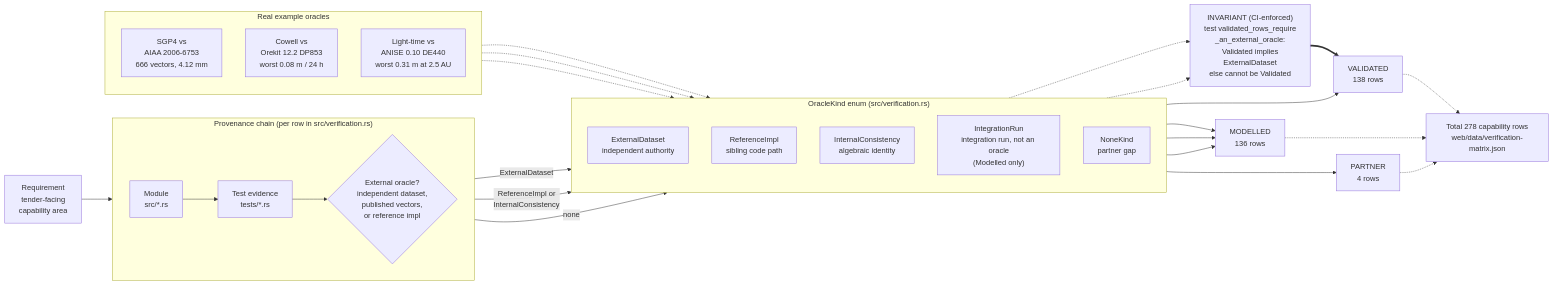
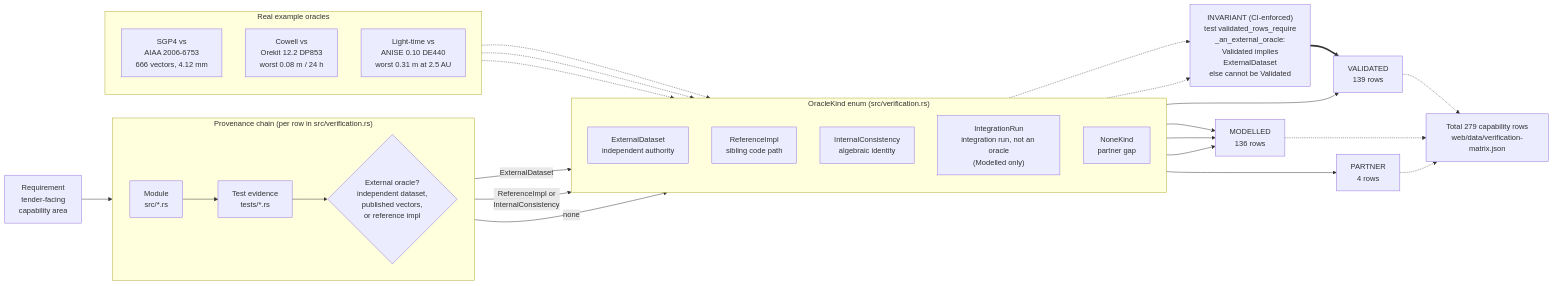
One commit to ashfordeOU/kshana changed the diagram in docs/diagrams/validation-provenance.mmd. Above: the diagram before and after it, drawn with Mermaid. The commit also changed 34 other files, not shown here.

```diff
--- a/docs/diagrams/validation-provenance.mmd
+++ b/docs/diagrams/validation-provenance.mmd
@@ -1,51 +1,51 @@
 flowchart LR
     REQ["Requirement<br/>tender-facing<br/>capability area"]
 
     subgraph CHAIN["Provenance chain (per row in src/verification.rs)"]
         direction LR
         MOD["Module<br/>src/*.rs"]
         TST["Test evidence<br/>tests/*.rs"]
         ORA{"External oracle?<br/>independent dataset,<br/>published vectors,<br/>or reference impl"}
     end
 
     REQ --> MOD --> TST --> ORA
 
     subgraph KINDS["OracleKind enum (src/verification.rs)"]
         direction TD
         EXT["ExternalDataset<br/>independent authority"]
         REF["ReferenceImpl<br/>sibling code path"]
         INT["InternalConsistency<br/>algebraic identity"]
         IRN["IntegrationRun<br/>integration run, not an oracle<br/>(Modelled only)"]
         NON["NoneKind<br/>partner gap"]
     end
 
     ORA -->|ExternalDataset| EXT
     ORA -->|"ReferenceImpl or<br/>InternalConsistency"| INT
     ORA -->|none| NON
 
     GUARD["INVARIANT (CI-enforced)<br/>test validated_rows_require<br/>_an_external_oracle:<br/>Validated implies<br/>ExternalDataset<br/>else cannot be Validated"]
     EXT -.-> GUARD
     INT -.-> GUARD
 
-    EXT --> VAL["VALIDATED<br/>138 rows"]
+    EXT --> VAL["VALIDATED<br/>139 rows"]
     REF --> MDL["MODELLED<br/>136 rows"]
     INT --> MDL
     IRN --> MDL
     NON --> PRT["PARTNER<br/>4 rows"]
     GUARD ==> VAL
 
     subgraph EX["Real example oracles"]
         direction TD
         E1["SGP4 vs<br/>AIAA 2006-6753<br/>666 vectors, 4.12 mm"]
         E2["Cowell vs<br/>Orekit 12.2 DP853<br/>worst 0.08 m / 24 h"]
         E3["Light-time vs<br/>ANISE 0.10 DE440<br/>worst 0.31 m at 2.5 AU"]
     end
 
     E1 -.-> EXT
     E2 -.-> EXT
     E3 -.-> EXT
 
-    TOTAL["Total 278 capability rows<br/>web/data/verification-matrix.json"]
+    TOTAL["Total 279 capability rows<br/>web/data/verification-matrix.json"]
     VAL -.-> TOTAL
     MDL -.-> TOTAL
     PRT -.-> TOTAL
```
